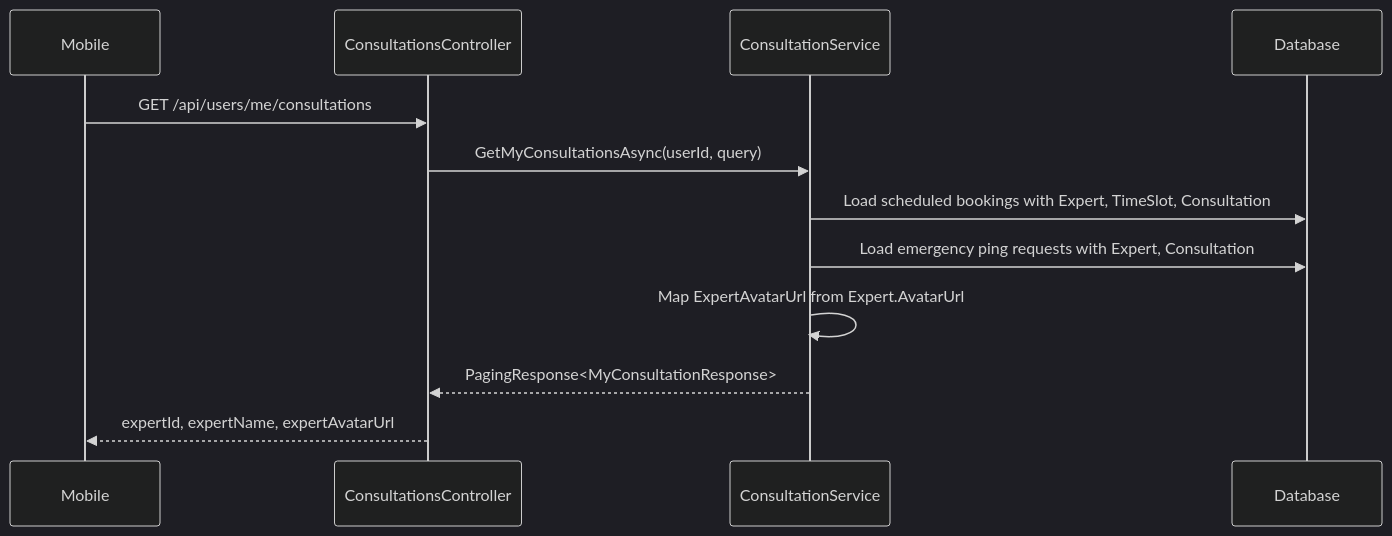
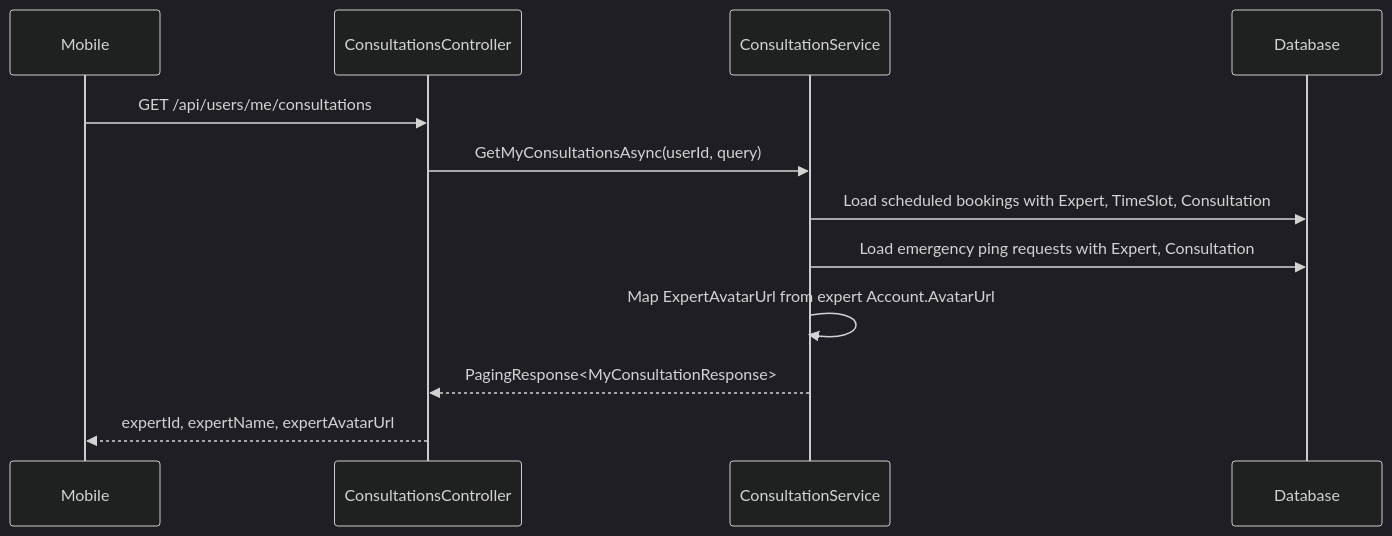
One commit to Snake-AID/SnakeAid.Docs changed the third of 5 diagrams in Docs/05-Backend/02-layers/expert-avatar/expert-avatar.sourcecode.md. Above: the diagram before and after it, drawn with Mermaid (dark theme). The commit also changed other lines of this file and 4 other files, not shown here.

First line of the commit message:
docs(backend): amend expert-avatar response contract

````diff
--- a/Docs/05-Backend/02-layers/expert-avatar/expert-avatar.sourcecode.md
+++ b/Docs/05-Backend/02-layers/expert-avatar/expert-avatar.sourcecode.md
@@ -52,15 +68,15 @@
 ```mermaid
 sequenceDiagram
 participant M as Mobile
 participant C as ConsultationsController
 participant S as ConsultationService
 participant DB as Database
 
 M->>C: GET /api/users/me/consultations
 C->>S: GetMyConsultationsAsync(userId, query)
 S->>DB: Load scheduled bookings with Expert, TimeSlot, Consultation
 S->>DB: Load emergency ping requests with Expert, Consultation
-S->>S: Map ExpertAvatarUrl from Expert.AvatarUrl
+S->>S: Map ExpertAvatarUrl from expert Account.AvatarUrl
 S-->>C: PagingResponse<MyConsultationResponse>
 C-->>M: expertId, expertName, expertAvatarUrl
 ```
````
